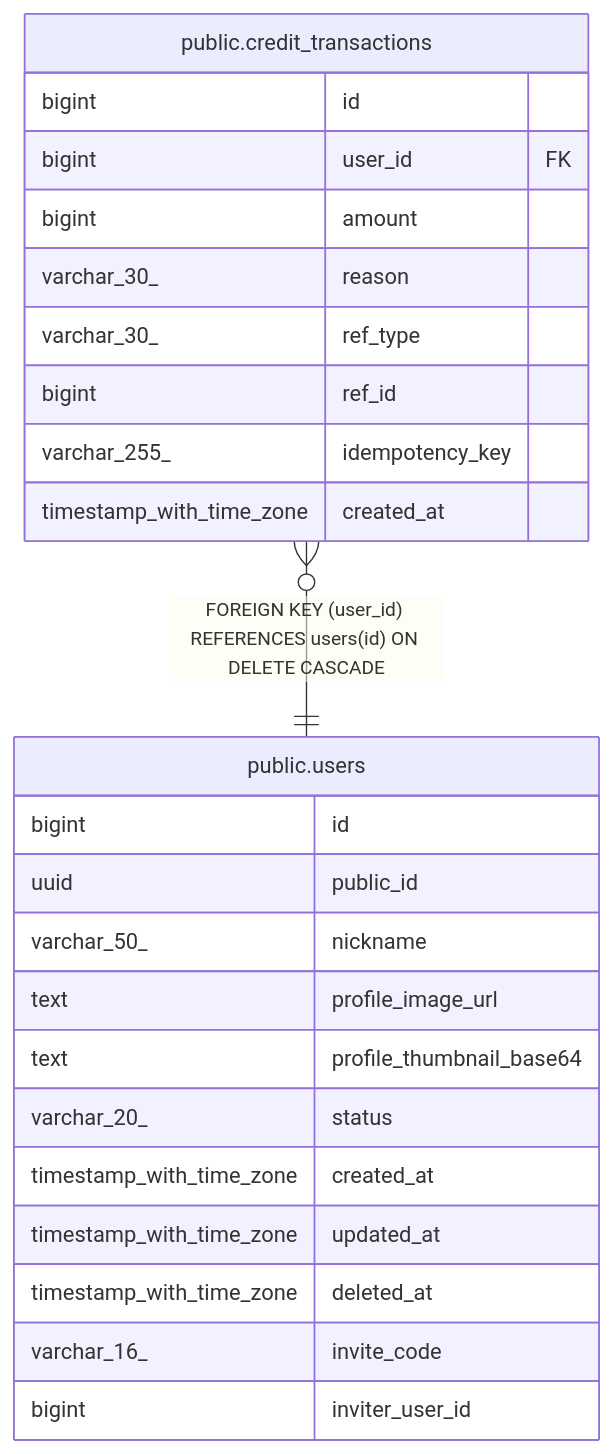
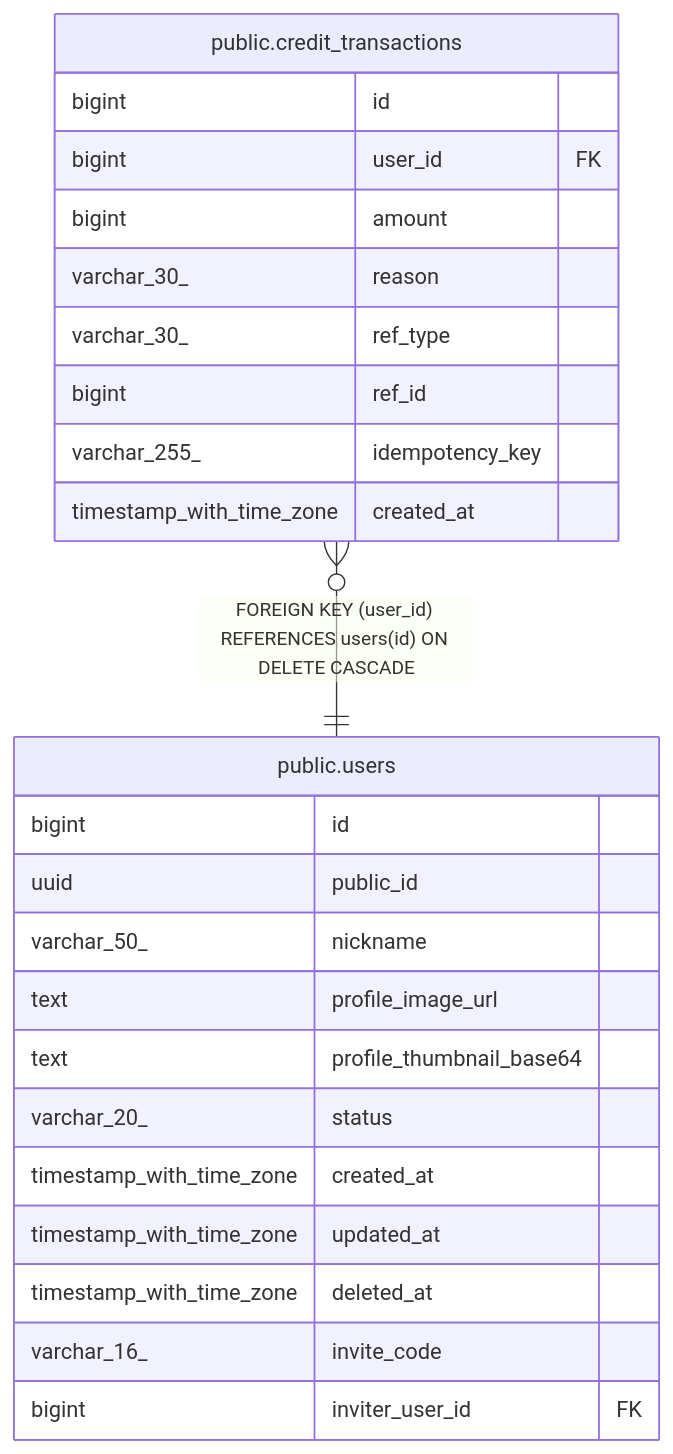
One commit to KIM-N-KANG/manyak-server changed the diagram in dbdoc/public.credit_transactions.md. Above: the diagram before and after it, drawn with Mermaid. The commit also changed 5 other files, not shown here.

First line of the commit message:
[KNK-393] Fix: inviter_user_id 자기참조 FK 추가(ON DELETE SET NULL)

````diff
--- a/dbdoc/public.credit_transactions.md
+++ b/dbdoc/public.credit_transactions.md
@@ -36,29 +36,29 @@
 ```mermaid
 erDiagram
 
 "public.credit_transactions" }o--|| "public.users" : "FOREIGN KEY (user_id) REFERENCES users(id) ON DELETE CASCADE"
 
 "public.credit_transactions" {
   bigint id
   bigint user_id FK
   bigint amount
   varchar_30_ reason
   varchar_30_ ref_type
   bigint ref_id
   varchar_255_ idempotency_key
   timestamp_with_time_zone created_at
 }
 "public.users" {
   bigint id
   uuid public_id
   varchar_50_ nickname
   text profile_image_url
   text profile_thumbnail_base64
   varchar_20_ status
   timestamp_with_time_zone created_at
   timestamp_with_time_zone updated_at
   timestamp_with_time_zone deleted_at
   varchar_16_ invite_code
-  bigint inviter_user_id
+  bigint inviter_user_id FK
 }
 ```
````
